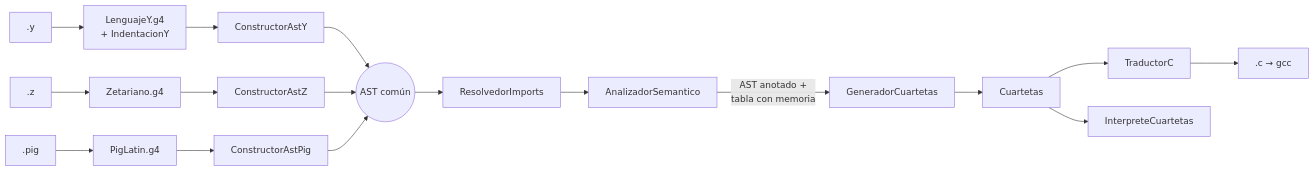
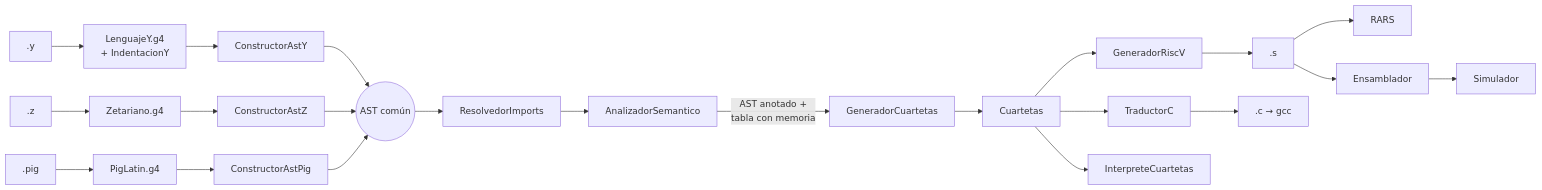
The first of 6 diagrams in MANUAL_TECNICO.md (LuisRV2112/Proyecto1_compi2SS2025), drawn with Mermaid before and after one commit. The commit also changed other lines of this file, not shown here.

````diff
--- a/MANUAL_TECNICO.md
+++ b/MANUAL_TECNICO.md
@@ -32,14 +45,17 @@
 ```mermaid
 flowchart LR
     Y[".y"] --> GY["LenguajeY.g4<br/>+ IndentacionY"] --> CY[ConstructorAstY]
     Z[".z"] --> GZ["Zetariano.g4"] --> CZ[ConstructorAstZ]
     P[".pig"] --> GP["PigLatin.g4"] --> CP[ConstructorAstPig]
     CY --> AST(("AST común"))
     CZ --> AST
     CP --> AST
     AST --> RI[ResolvedorImports] --> SEM[AnalizadorSemantico]
     SEM -->|"AST anotado +<br/>tabla con memoria"| GEN[GeneradorCuartetas]
     GEN --> Q["Cuartetas"]
+    Q --> RV[GeneradorRiscV] --> S[".s"]
+    S --> RARS["RARS"]
+    S --> ENS[Ensamblador] --> SIM[Simulador]
     Q --> TC[TraductorC] --> C[".c → gcc"]
     Q --> INT[InterpreteCuartetas]
 ```
````
